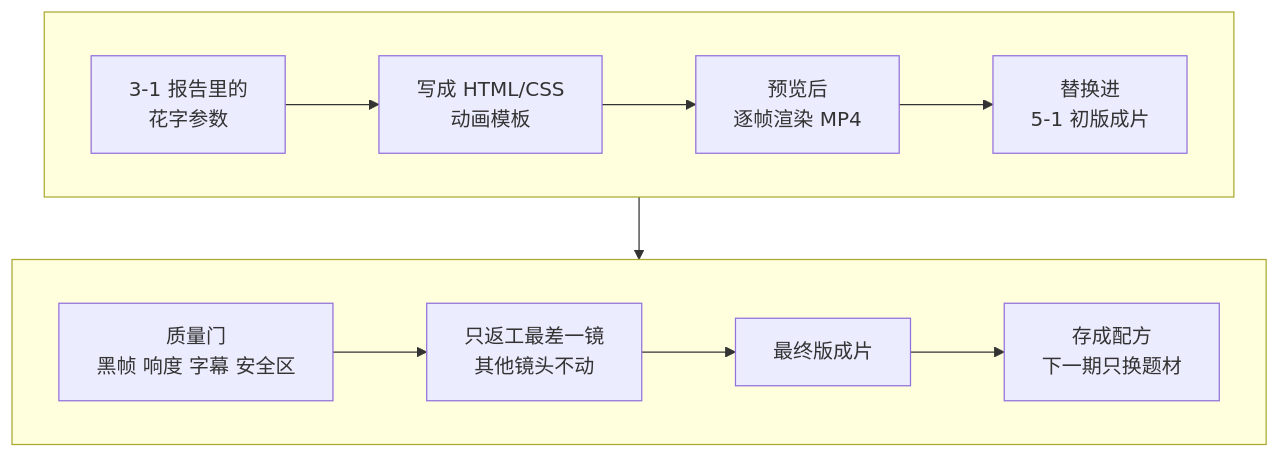
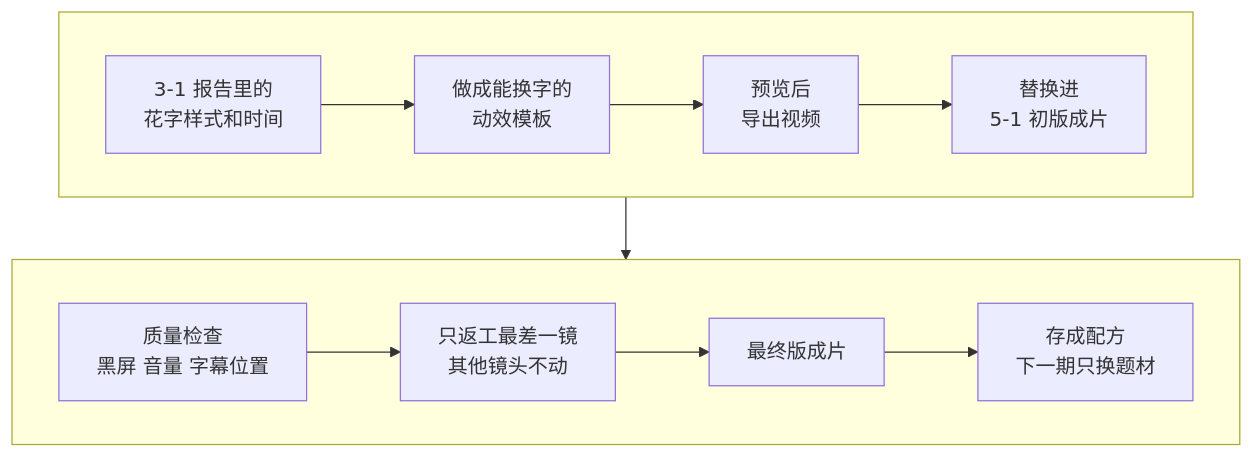
One commit to JuneYaooo/media-teach changed the diagram in 自媒体教程/课程/5-2-用HyperFrames做花字并存配方.md. Above: the diagram before and after it, drawn with Mermaid. The commit also changed other lines of this file and 46 other files, not shown here.

````diff
--- a/自媒体教程/课程/5-2-用HyperFrames做花字并存配方.md
+++ b/自媒体教程/课程/5-2-用HyperFrames做花字并存配方.md
@@ -15,12 +19,12 @@
 ```mermaid
 flowchart TB
   subgraph R1[" "]
     direction LR
-    A[3-1 报告里的<br>花字参数] --> B[写成 HTML/CSS<br>动画模板] --> C[预览后<br>逐帧渲染 MP4] --> D[替换进<br>5-1 初版成片]
+    A[3-1 报告里的<br>花字样式和时间] --> B[做成能换字的<br>动效模板] --> C[预览后<br>导出视频] --> D[替换进<br>5-1 初版成片]
   end
   subgraph R2[" "]
     direction LR
-    E[质量门<br>黑帧 响度 字幕 安全区] --> F[只返工最差一镜<br>其他镜头不动] --> G[最终版成片] --> H[存成配方<br>下一期只换题材]
+    E[质量检查<br>黑屏 音量 字幕位置] --> F[只返工最差一镜<br>其他镜头不动] --> G[最终版成片] --> H[存成配方<br>下一期只换题材]
   end
   R1 --> R2
 ```
````
